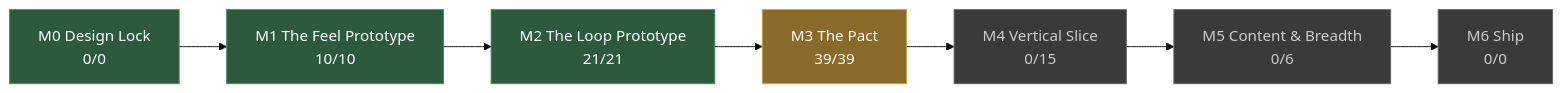
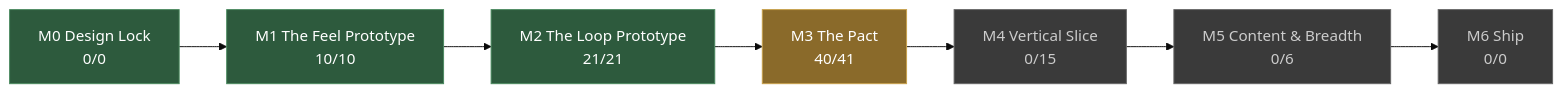
The diagram in docs/STATUS.md (JoshuaGessner/she), drawn with Mermaid (base theme) before and after one commit. The commit also changed other lines of this file and 8 other files, not shown here.

````diff
--- a/docs/STATUS.md
+++ b/docs/STATUS.md
@@ -13,19 +13,19 @@
 ```mermaid
 flowchart LR
   M0["M0 Design Lock<br/>0/0"]:::passed
   M1["M1 The Feel Prototype<br/>10/10"]:::passed
   M0 --> M1
   M2["M2 The Loop Prototype<br/>21/21"]:::passed
   M1 --> M2
-  M3["M3 The Pact<br/>39/39"]:::current
+  M3["M3 The Pact<br/>40/41"]:::current
   M2 --> M3
   M4["M4 Vertical Slice<br/>0/15"]:::ahead
   M3 --> M4
   M5["M5 Content & Breadth<br/>0/6"]:::ahead
   M4 --> M5
   M6["M6 Ship<br/>0/0"]:::ahead
   M5 --> M6
   classDef passed fill:#2d5a3d,stroke:#4a8a5f,color:#fff
   classDef current fill:#8a6a2a,stroke:#c8a04a,color:#fff
   classDef ahead fill:#3a3a3a,stroke:#666,color:#ccc
 ```
````
